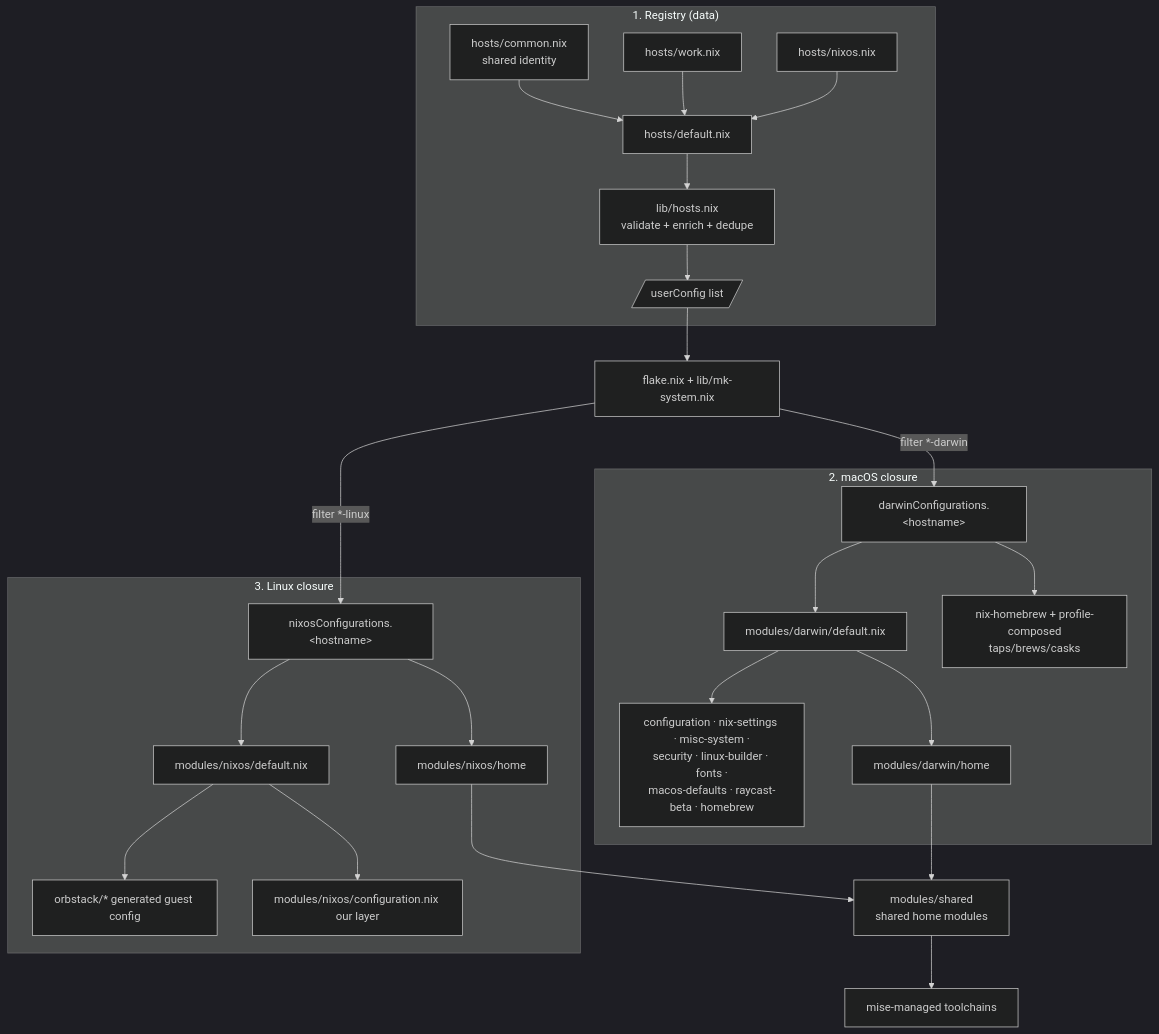
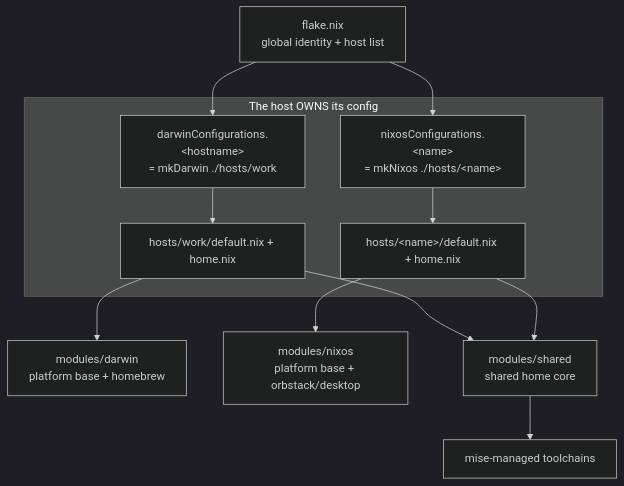
One commit to hahunavth/nix-config changed the diagram in docs/architecture.md. Above: the diagram before and after it, drawn with Mermaid (dark theme). The commit also changed other lines of this file and 45 other files, not shown here.

First line of the commit message:
feat(nixos-desktop): provision GUI VM + finish layered-structure refactor

````diff
--- a/docs/architecture.md
+++ b/docs/architecture.md
@@ -7,31 +7,17 @@
 ```mermaid
 flowchart TD
-  subgraph "1. Registry (data)"
-    C[hosts/common.nix<br/>shared identity] --> DEF[hosts/default.nix]
-    W[hosts/work.nix] --> DEF
-    NX[hosts/nixos.nix] --> DEF
-    DEF --> LIB[lib/hosts.nix<br/>validate + enrich + dedupe]
-    LIB --> UC[/userConfig list/]
-  end
-  UC --> FLK[flake.nix + lib/mk-system.nix]
-  FLK -->|filter *-darwin| DC[darwinConfigurations.&lt;hostname&gt;]
-  FLK -->|filter *-linux| NC[nixosConfigurations.&lt;hostname&gt;]
+  FLK[flake.nix<br/>global identity + host list]
+  FLK --> DC["darwinConfigurations.&lt;hostname&gt;<br/>= mkDarwin ./hosts/work"]
+  FLK --> NC["nixosConfigurations.&lt;name&gt;<br/>= mkNixos ./hosts/&lt;name&gt;"]
 
-  subgraph "2. macOS closure"
-    DC --> DD[modules/darwin/default.nix]
-    DD --> DMOD[configuration · nix-settings · misc-system ·<br/>security · linux-builder · fonts ·<br/>macos-defaults · raycast-beta · homebrew]
-    DD --> HMD[modules/darwin/home]
-    DC --> BREW[nix-homebrew + profile-composed<br/>taps/brews/casks]
+  subgraph "The host OWNS its config"
+    DC --> HW1[hosts/work/default.nix + home.nix]
+    NC --> HW2[hosts/&lt;name&gt;/default.nix + home.nix]
   end
 
-  subgraph "3. Linux closure"
-    NC --> ND[modules/nixos/default.nix]
-    ND --> ORB[orbstack/* generated guest config]
-    ND --> NCFG[modules/nixos/configuration.nix our layer]
-    NC --> HML[modules/nixos/home]
-  end
-
-  HMD --> HMS[modules/shared<br/>shared home modules]
-  HML --> HMS
+  HW1 --> PD[modules/darwin<br/>platform base + homebrew]
+  HW2 --> PN[modules/nixos<br/>platform base + orbstack/desktop]
+  HW1 --> HMS[modules/shared<br/>shared home core]
+  HW2 --> HMS
   HMS --> MISE[mise-managed toolchains]
 ```
````
